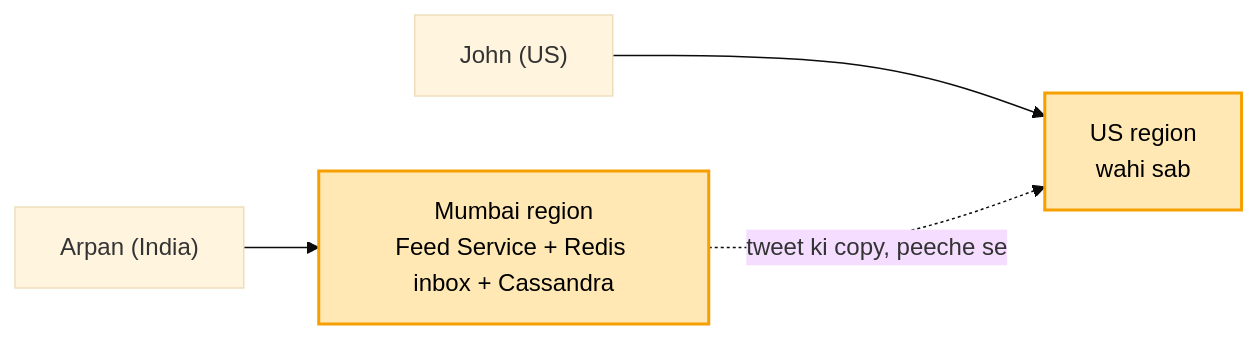
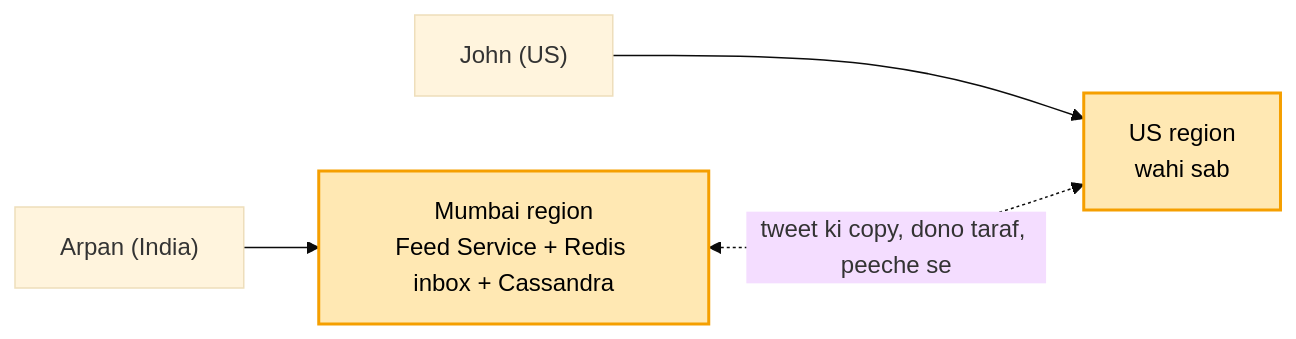
One commit to ArpanMaheshwari144/Prep changed the ninth of 9 diagrams in 04_HLD/SYSTEM_DESIGNS/03_twitter_feed/03_twitter_feed.md. Above: the diagram before and after it, drawn with Mermaid (base theme). The commit also changed other lines of this file and 9 other files, not shown here.

Commit message:
audit: 01-12 ki seedhi galtiyan (number, naam, diagram teer, chhote shabd, Redis WAIT)

````diff
--- a/04_HLD/SYSTEM_DESIGNS/03_twitter_feed/03_twitter_feed.md
+++ b/04_HLD/SYSTEM_DESIGNS/03_twitter_feed/03_twitter_feed.md
@@ -338,8 +338,8 @@
 ```mermaid
 flowchart LR
     A["Arpan (India)"] --> M["Mumbai region<br/>Feed Service + Redis inbox + Cassandra"]
     J["John (US)"] --> U["US region<br/>wahi sab"]
-    M -. "tweet ki copy, peeche se" .-> U
+    M <-. "tweet ki copy, dono taraf, peeche se" .-> U
     style M fill:#ffe8b3,stroke:#f59f00,stroke-width:2px,color:#000
     style U fill:#ffe8b3,stroke:#f59f00,stroke-width:2px,color:#000
 ```
````
